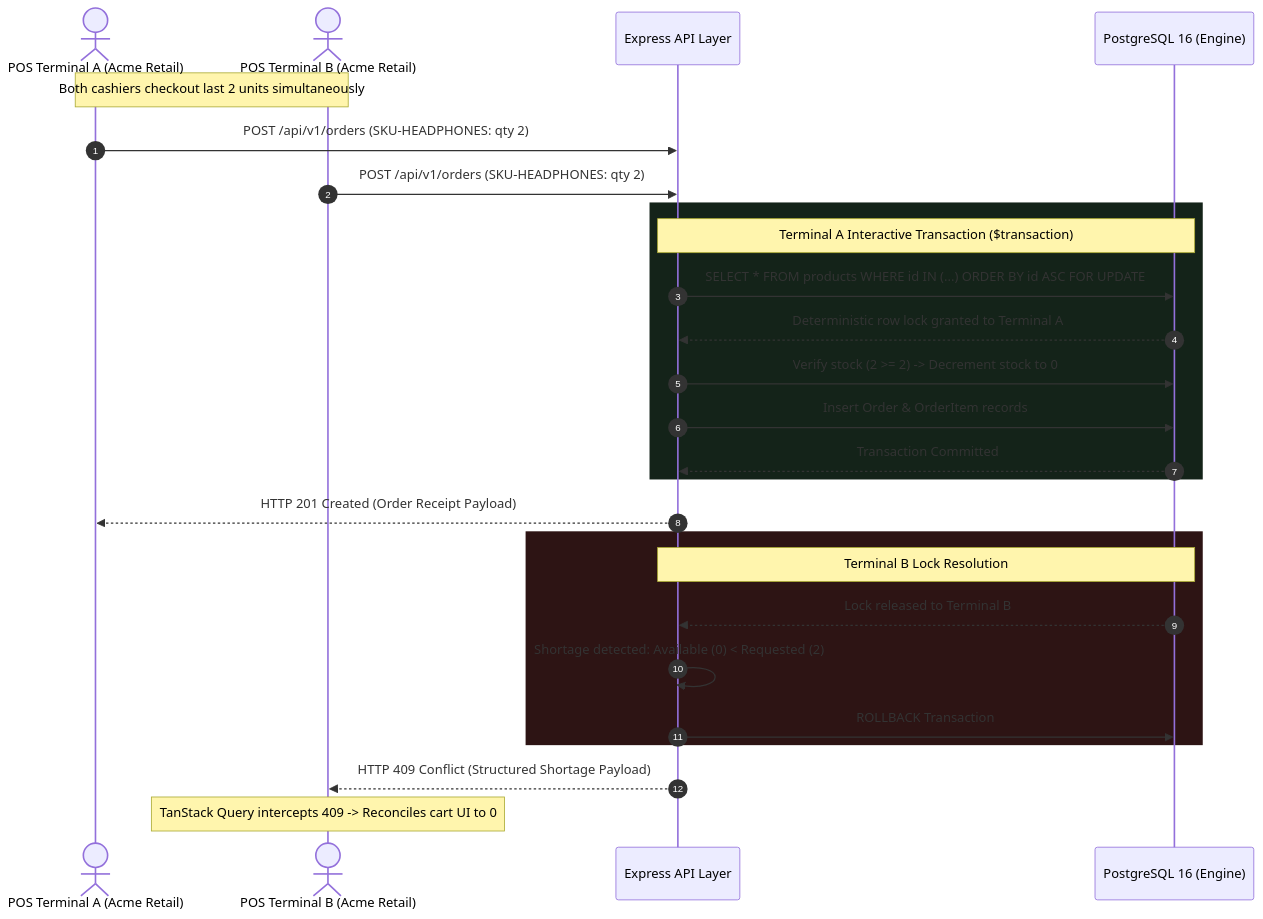
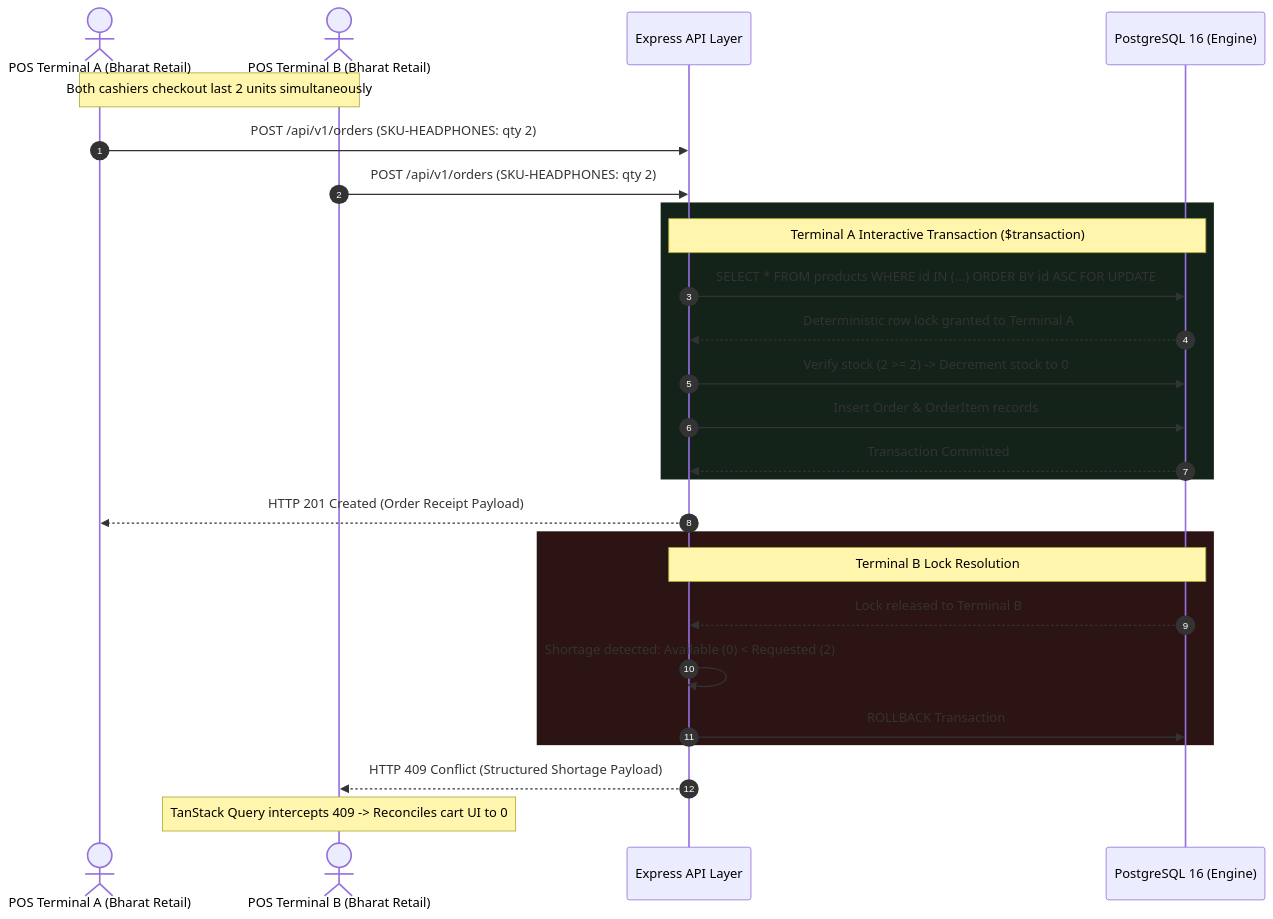
Before and after one commit to shatwiks/StockPulse-Multi-Tenant-Inventory-Order-Engine: the diagram in README.md, drawn with Mermaid. The commit also changed other lines of this file and 12 other files, not shown here.

````diff
--- a/README.md
+++ b/README.md
@@ -97,34 +97,34 @@
 ```mermaid
 sequenceDiagram
     autonumber
-    actor TerminalA as POS Terminal A (Acme Retail)
-    actor TerminalB as POS Terminal B (Acme Retail)
+    actor TerminalA as POS Terminal A (Bharat Retail)
+    actor TerminalB as POS Terminal B (Bharat Retail)
     participant API as Express API Layer
     participant DB as PostgreSQL 16 (Engine)
 
     Note over TerminalA, TerminalB: Both cashiers checkout last 2 units simultaneously
     TerminalA->>API: POST /api/v1/orders (SKU-HEADPHONES: qty 2)
     TerminalB->>API: POST /api/v1/orders (SKU-HEADPHONES: qty 2)
 
     rect rgb(20, 35, 25)
     Note over API, DB: Terminal A Interactive Transaction ($transaction)
     API->>DB: SELECT * FROM products WHERE id IN (...) ORDER BY id ASC FOR UPDATE
     DB-->>API: Deterministic row lock granted to Terminal A
     API->>DB: Verify stock (2 >= 2) -> Decrement stock to 0
     API->>DB: Insert Order & OrderItem records
     DB-->>API: Transaction Committed
     end
 
     API-->>TerminalA: HTTP 201 Created (Order Receipt Payload)
 
     rect rgb(45, 20, 20)
     Note over API, DB: Terminal B Lock Resolution
     DB-->>API: Lock released to Terminal B
     API->>API: Shortage detected: Available (0) < Requested (2)
     API->>DB: ROLLBACK Transaction
     end
 
     API-->>TerminalB: HTTP 409 Conflict (Structured Shortage Payload)
     Note over TerminalB: TanStack Query intercepts 409 -> Reconciles cart UI to 0
 
 ```
````
